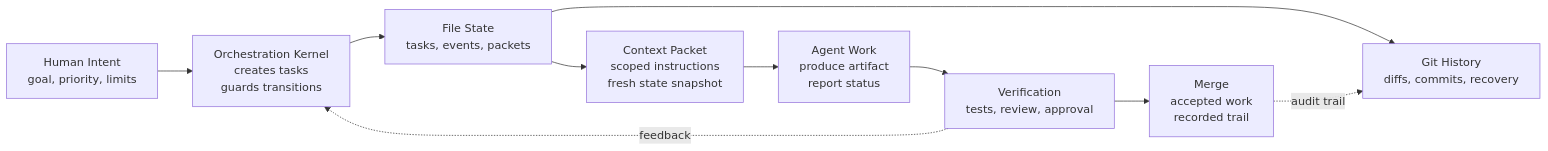
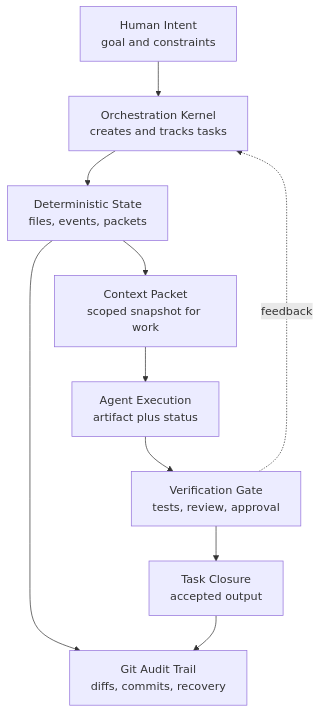
The diagram in README.md (DWEETNICE/git-orchestration-concept), drawn with Mermaid before and after one commit.

Commit message:
Improve README diagram readability

````diff
--- a/README.md
+++ b/README.md
@@ -20,17 +20,21 @@
 ```mermaid
-flowchart LR
-    intent[Human Intent<br/>goal, priority, limits]
-    kernel[Orchestration Kernel<br/>creates tasks<br/>guards transitions]
-    state[File State<br/>tasks, events, packets]
-    git[Git History<br/>diffs, commits, recovery]
+flowchart TD
+    intent[Human Intent<br/>goal and constraints]
+    kernel[Orchestration Kernel<br/>creates and tracks tasks]
+    state[Deterministic State<br/>files, events, packets]
+    packet[Context Packet<br/>scoped snapshot for work]
+    agent[Agent Execution<br/>artifact plus status]
+    verify[Verification Gate<br/>tests, review, approval]
+    close[Task Closure<br/>accepted output]
+    git[Git Audit Trail<br/>diffs, commits, recovery]
 
-    packet[Context Packet<br/>scoped instructions<br/>fresh state snapshot]
-    agent[Agent Work<br/>produce artifact<br/>report status]
-    verify[Verification<br/>tests, review, approval]
-    merge[Merge<br/>accepted work<br/>recorded trail]
-
-    intent --> kernel --> state --> git
-    state --> packet --> agent --> verify --> merge
+    intent --> kernel
+    kernel --> state
+    state --> packet
+    packet --> agent
+    agent --> verify
+    verify --> close
+    state --> git
+    close --> git
     verify -. feedback .-> kernel
-    merge -. audit trail .-> git
 ```
````
